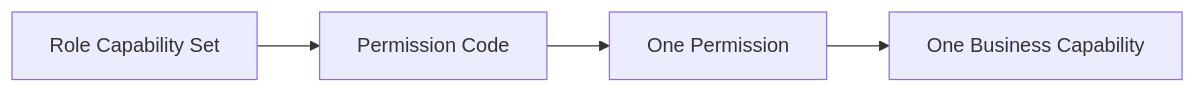
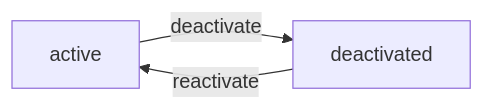
Diagram 12 of 19 in openai/gpt-5.4-mini/erp/docs/analysis/02-domain-model.md (wrtnlabs/autobe-examples), drawn with Mermaid before and after one commit. The commit also changed other lines of this file and 9017 other files, not shown here.

````diff
--- a/openai/gpt-5.4-mini/erp/docs/analysis/02-domain-model.md
+++ b/openai/gpt-5.4-mini/erp/docs/analysis/02-domain-model.md
@@ -255,6 +681,5 @@
 ```mermaid
 flowchart LR
-    A["Permission Code"] --> B["One Permission"]
-    B --> C["One Business Capability"]
-    D["Role Capability Set"] --> A
+    A["active"] -->|"deactivate"| B["deactivated"]
+    B -->|"reactivate"| A
 ```
````
